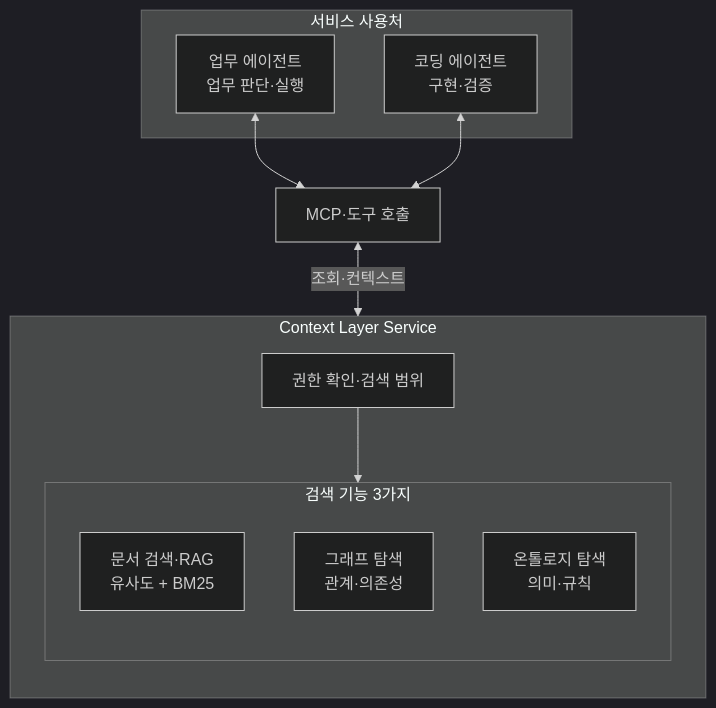
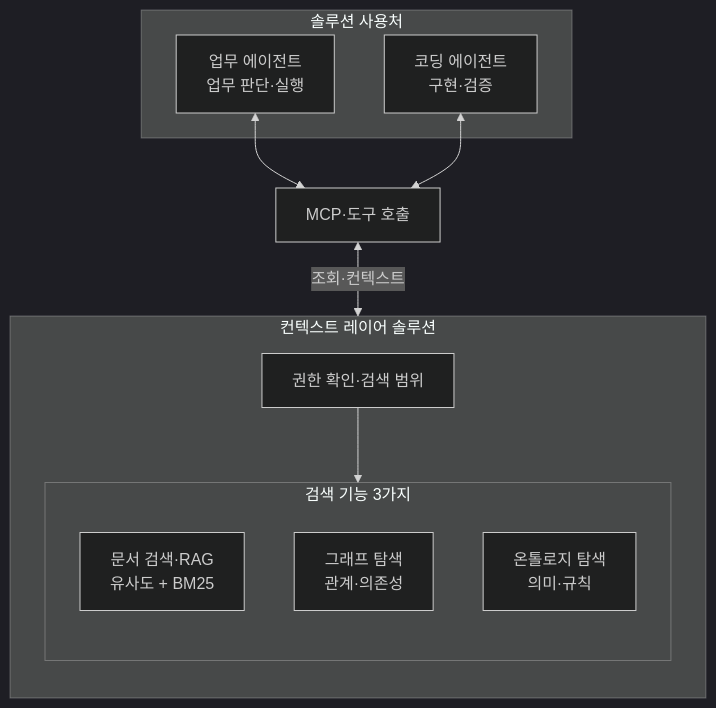
The fourth of 6 diagrams in _posts/2026-11-05-enterprise-wide-ax-essentials.md (haandol/haandol.github.com), drawn with Mermaid (dark theme) before and after one commit. The commit also changed other lines of this file and 2 other files, not shown here.

````diff
--- a/_posts/2026-11-05-enterprise-wide-ax-essentials.md
+++ b/_posts/2026-11-05-enterprise-wide-ax-essentials.md
@@ -156,21 +156,21 @@
 ```mermaid
 flowchart TB
-  subgraph U["서비스 사용처"]
+  subgraph U["솔루션 사용처"]
     B["업무 에이전트<br/>업무 판단·실행"]
     D["코딩 에이전트<br/>구현·검증"]
   end
   B <--> M["MCP·도구 호출"]
   D <--> M
   M <-->|"조회·컨텍스트"| S
-  subgraph S["Context Layer Service"]
+  subgraph S["컨텍스트 레이어 솔루션"]
     direction TB
     P["권한 확인·검색 범위"]
     subgraph Q["검색 기능 3가지"]
       direction TB
       R["문서 검색·RAG<br/>유사도 + BM25"]
       G["그래프 탐색<br/>관계·의존성"]
       O["온톨로지 탐색<br/>의미·규칙"]
     end
     P --> Q
   end
 ```
````
